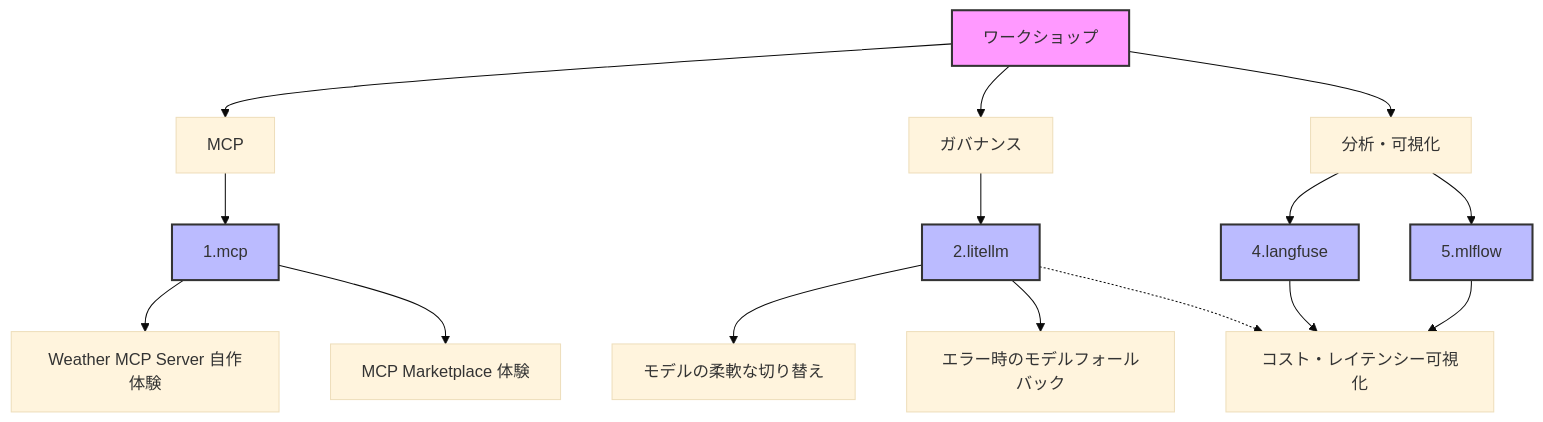
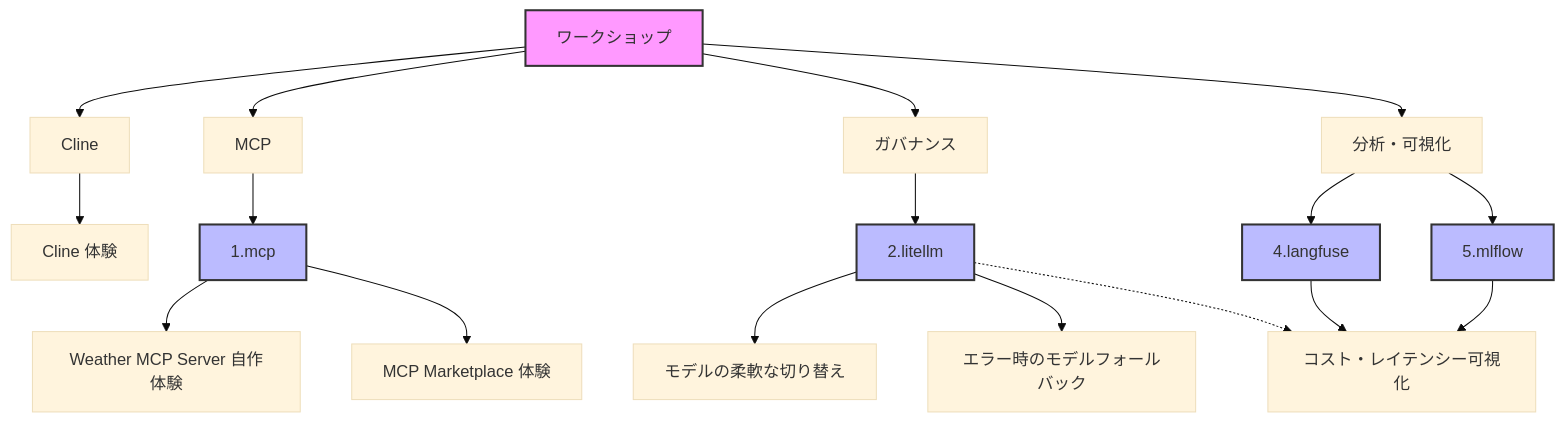
Before and after one commit to littlemex/aws-samples: the second of 2 diagrams in workshops/ai-coding-workshop/cline/manuals/workshops/README.md, drawn with Mermaid (base theme). The commit also changed other lines of this file and 8 other files, not shown here.

````diff
--- a/workshops/ai-coding-workshop/cline/manuals/workshops/README.md
+++ b/workshops/ai-coding-workshop/cline/manuals/workshops/README.md
@@ -54,27 +56,29 @@
 ```mermaid
 flowchart TD
-    A[ワークショップ] --> B[MCP]
+    A[ワークショップ] --> Z[Cline]
+    A --> B[MCP]
     A --> C[ガバナンス]
     A --> D[分析・可視化]
     
+    Z --> ZZ[Cline 体験]
     B --> E[1.mcp]
     E --> F[Weather MCP Server 自作体験]
     E --> G[MCP Marketplace 体験]
     
     C --> H[2.litellm]
     H --> I[モデルの柔軟な切り替え]
     H --> J[エラー時のモデルフォールバック]
     H -.-> L
     
     D --> K[4.langfuse]
     K --> L[コスト・レイテンシー可視化]
     
     D --> M[5.mlflow]
     M --> L
     
     style A fill:#f9f,stroke:#333,stroke-width:2px
     style E fill:#bbf,stroke:#333,stroke-width:2px
     style H fill:#bbf,stroke:#333,stroke-width:2px
     style K fill:#bbf,stroke:#333,stroke-width:2px
     style M fill:#bbf,stroke:#333,stroke-width:2px
 ```
````
